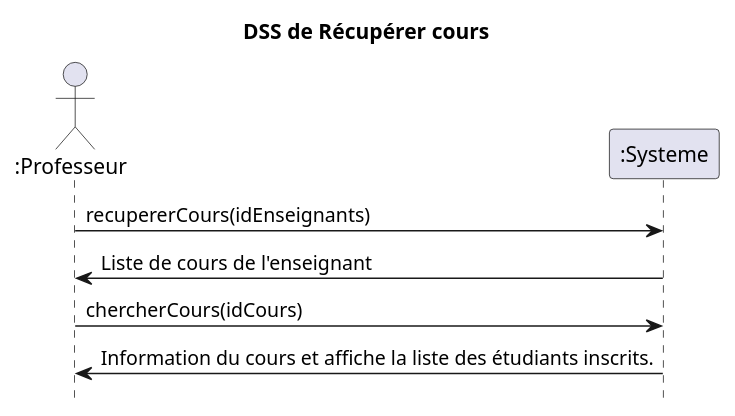
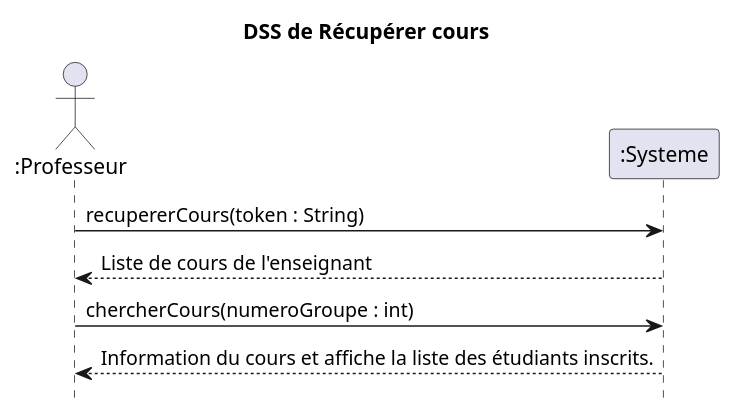
Before and after one commit to nerdz88/SGA-TS: the diagram in docs/DSS_Récupérer_cours.puml, drawn with PlantUML. The commit also changed 1 other file, not shown here.

```diff
--- a/docs/DSS_Récupérer_cours.puml
+++ b/docs/DSS_Récupérer_cours.puml
@@ -1,11 +1,11 @@
 @startuml DSS de Récupérer cours
 title DSS de Récupérer cours
 hide footbox
 actor ":Professeur" as professeur
 participant ":Systeme" as systeme
 
-professeur ->  systeme : recupererCours(idEnseignants)
-professeur <- systeme : Liste de cours de l'enseignant
-professeur -> systeme : chercherCours(idCours)
-professeur <- systeme : Information du cours et affiche la liste des étudiants inscrits.
+professeur ->  systeme : recupererCours(token : String)
+professeur <-- systeme : Liste de cours de l'enseignant
+professeur -> systeme : chercherCours(numeroGroupe : int)
+professeur <-- systeme : Information du cours et affiche la liste des étudiants inscrits.
 @enduml
```
